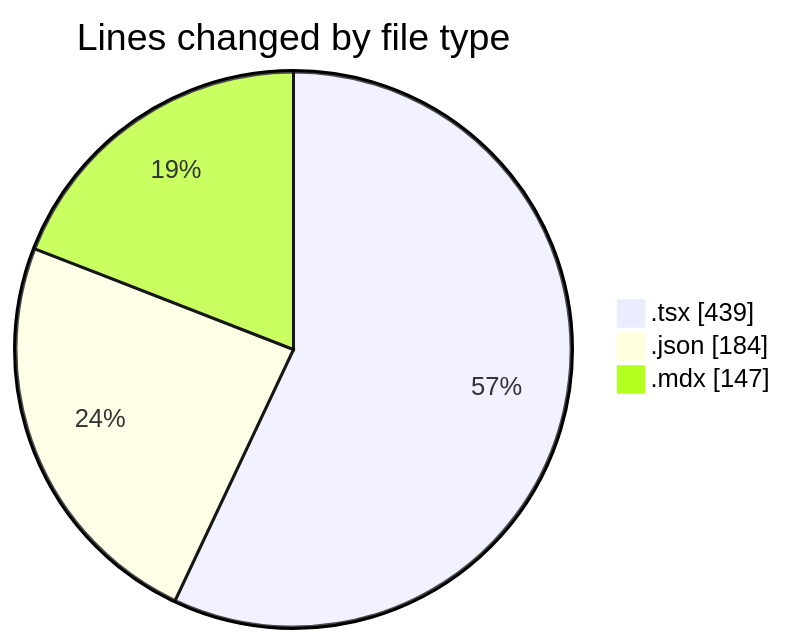
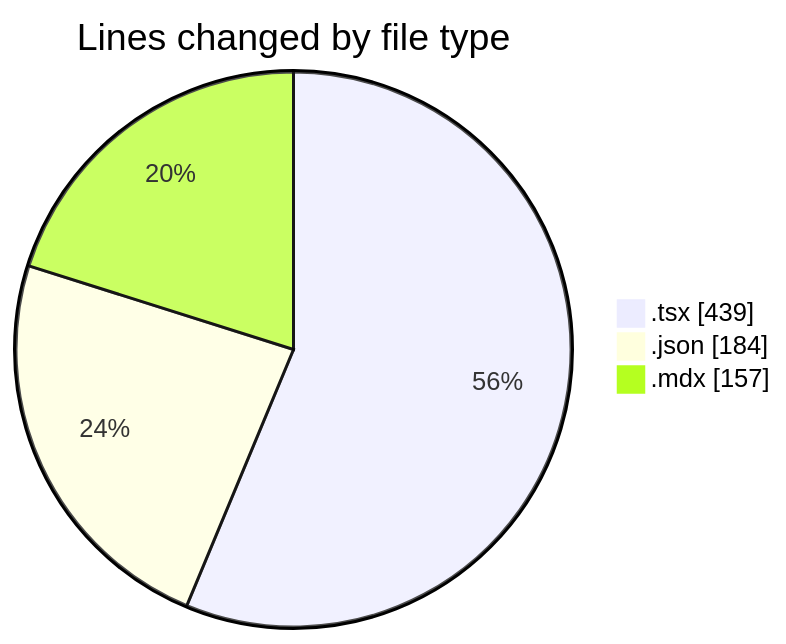
Before and after one commit to momahboobian/code-tracking: the first of 2 diagrams in 2026-01-12/cda/README.md, drawn with Mermaid. The commit also changed other lines of this file and 1 other file, not shown here.

````diff
--- a/2026-01-12/cda/README.md
+++ b/2026-01-12/cda/README.md
@@ -22,7 +22,7 @@
 ```mermaid
 pie showData
 title Lines changed by file type
 ".tsx" : 439
 ".json" : 184
-".mdx" : 147
+".mdx" : 157
 ```
````
